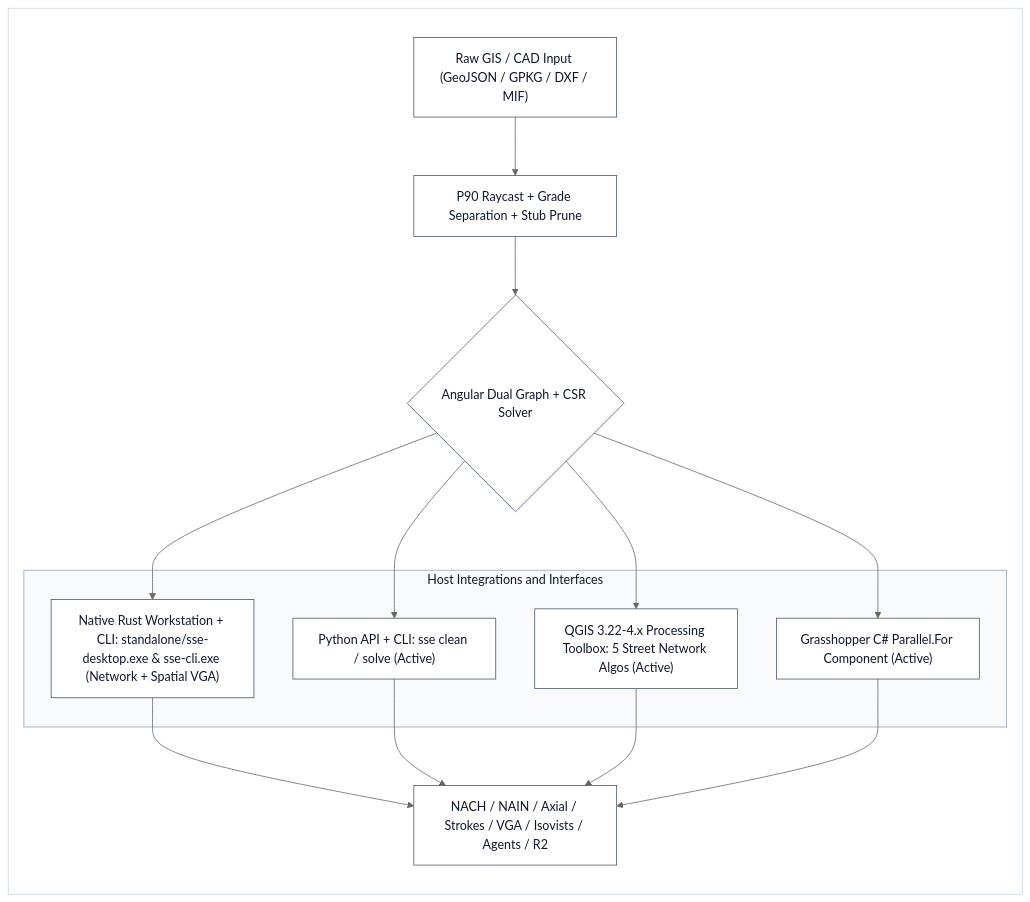
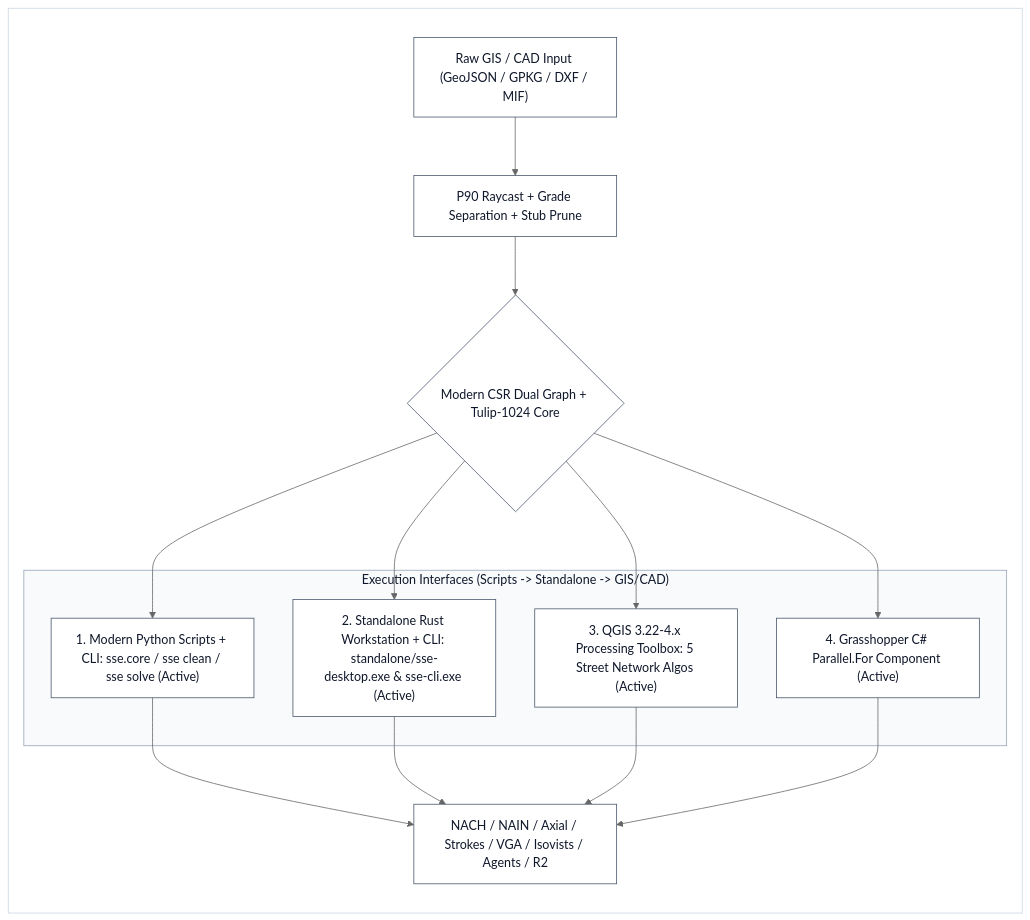
Before and after one commit to iscvlab/sse-space-syntax: the first of 2 diagrams in README.md, drawn with Mermaid. The commit also changed other lines of this file, not shown here.

Commit message:
docs(readme): prioritize modern scripts > standalone > qgis plugin and refine badges

````diff
--- a/README.md
+++ b/README.md
@@ -85,28 +92,28 @@
 ```mermaid
 %%{init: {'theme': 'neutral'}}%%
 flowchart LR
     subgraph Canvas [" "]
         In["Raw GIS / CAD Input (GeoJSON / GPKG / DXF / MIF)"] --> Heal["P90 Raycast + Grade Separation + Stub Prune"]
-        Heal --> Dual{"Angular Dual Graph + CSR Solver"}
+        Heal --> Dual{"Modern CSR Dual Graph + Tulip-1024 Core"}
 
-        subgraph Platforms ["Host Integrations and Interfaces"]
-            P0["Native Rust Workstation + CLI: standalone/sse-desktop.exe & sse-cli.exe (Network + Spatial VGA)"]
-            P1["Python API + CLI: sse clean / solve (Active)"]
-            P2["QGIS 3.22-4.x Processing Toolbox: 5 Street Network Algos (Active)"]
-            P3["Grasshopper C# Parallel.For Component (Active)"]
+        subgraph Platforms ["Execution Interfaces (Scripts -> Standalone -> GIS/CAD)"]
+            P0["1. Modern Python Scripts + CLI: sse.core / sse clean / sse solve (Active)"]
+            P1["2. Standalone Rust Workstation + CLI: standalone/sse-desktop.exe & sse-cli.exe (Active)"]
+            P2["3. QGIS 3.22-4.x Processing Toolbox: 5 Street Network Algos (Active)"]
+            P3["4. Grasshopper C# Parallel.For Component (Active)"]
         end
 
         Dual --> P0
         Dual --> P1
         Dual --> P2
         Dual --> P3
 
         P0 --> Out["NACH / NAIN / Axial / Strokes / VGA / Isovists / Agents / R2"]
         P1 --> Out
         P2 --> Out
         P3 --> Out
     end
     classDef default fill:#ffffff,stroke:#475569,color:#0f172a,stroke-width:1px
     style Canvas fill:#ffffff,stroke:#cbd5e1,stroke-width:1px,color:#0f172a
     style Platforms fill:#f8fafc,stroke:#94a3b8,color:#0f172a
 ```
````
